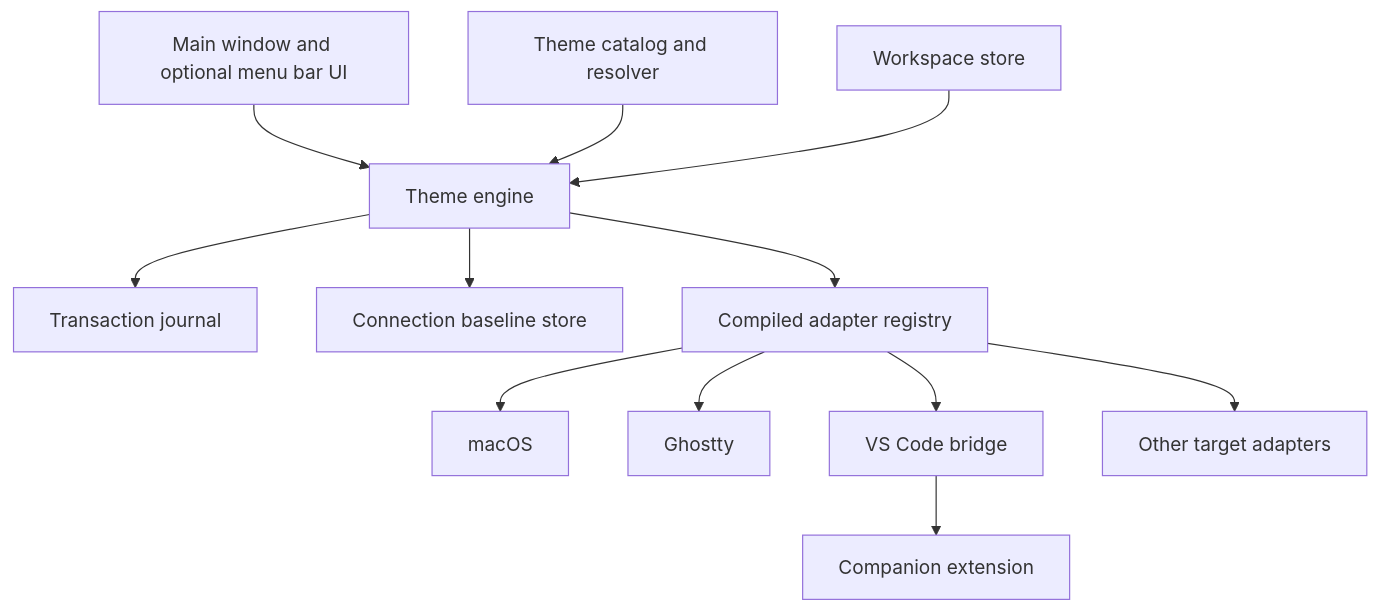
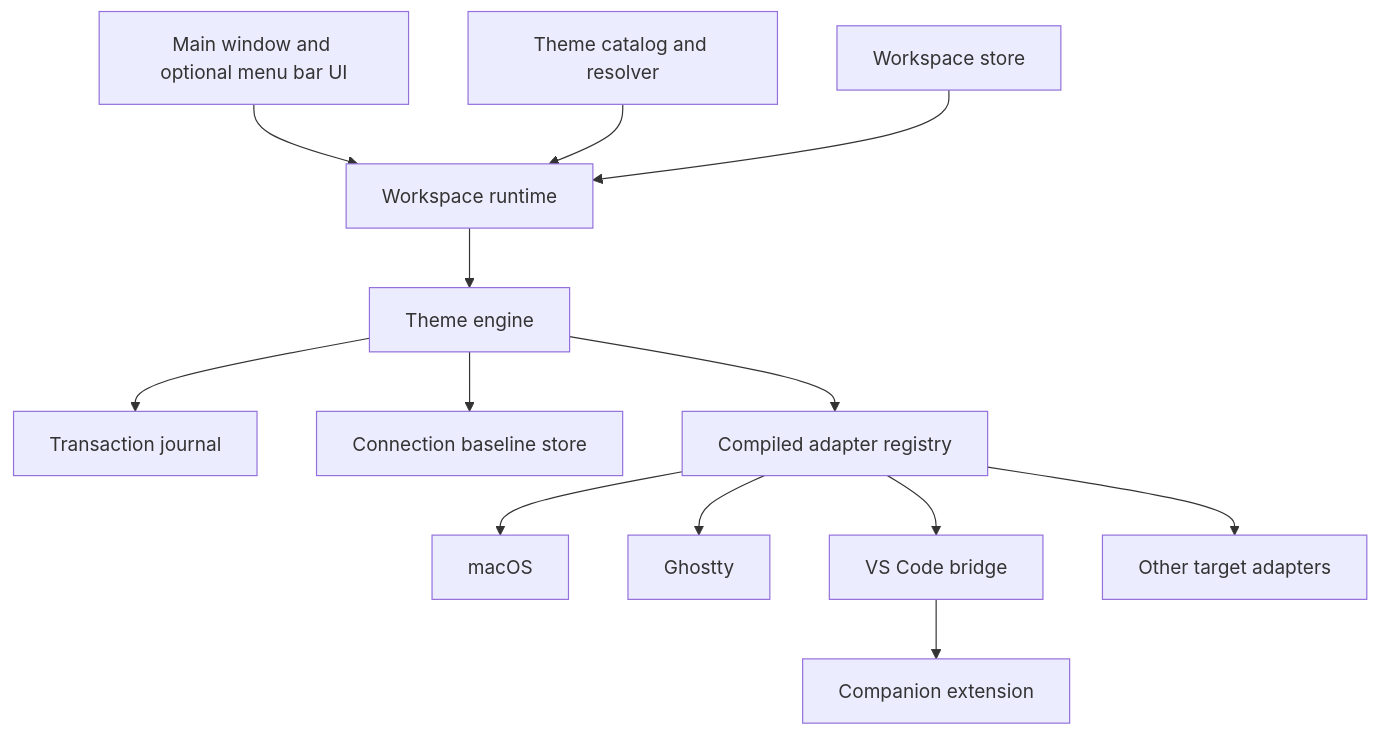
One commit to abdullahnettoor/ohmytheme changed the diagram in docs/architecture/mvp-plan.md. Above: the diagram before and after it, drawn with Mermaid. The commit also changed other lines of this file and 5 other files, not shown here.

Commit message:
Fix WorkspaceRuntime review findings

````diff
--- a/docs/architecture/mvp-plan.md
+++ b/docs/architecture/mvp-plan.md
@@ -183,14 +183,15 @@
 ```mermaid
 flowchart TD
-    UI[Main window and optional menu bar UI] --> Engine[Theme engine]
-    Themes[Theme catalog and resolver] --> Engine
-    Workspace[Workspace store] --> Engine
+    UI[Main window and optional menu bar UI] --> Runtime[Workspace runtime]
+    Themes[Theme catalog and resolver] --> Runtime
+    Workspace[Workspace store] --> Runtime
+    Runtime --> Engine[Theme engine]
     Engine --> Journal[Transaction journal]
     Engine --> Baselines[Connection baseline store]
     Engine --> Adapters[Compiled adapter registry]
     Adapters --> Mac[macOS]
     Adapters --> Ghostty[Ghostty]
     Adapters --> VSCode[VS Code bridge]
     Adapters --> Others[Other target adapters]
     VSCode --> Extension[Companion extension]
 ```
````
